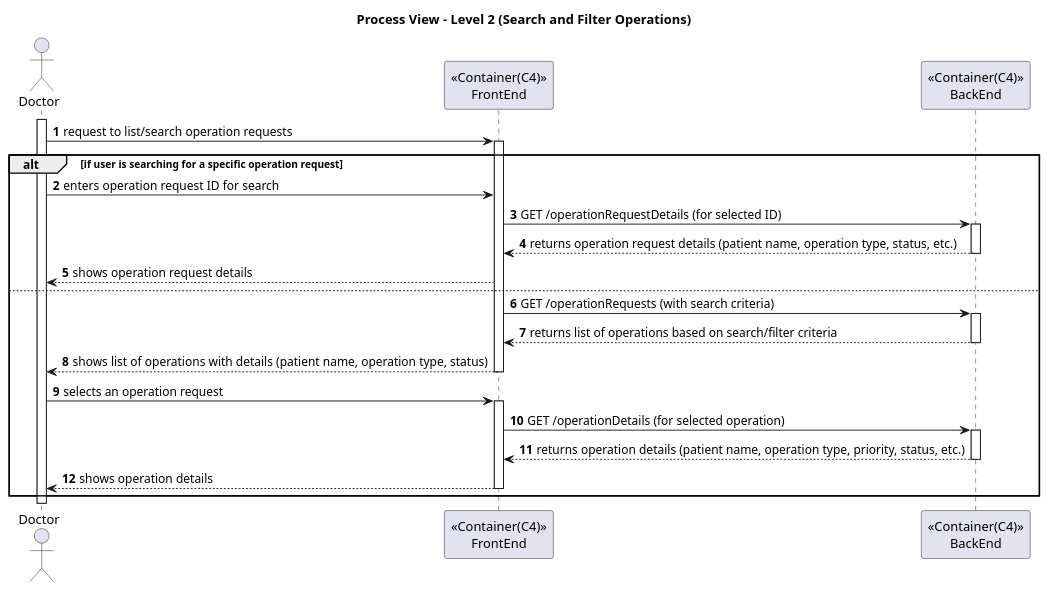
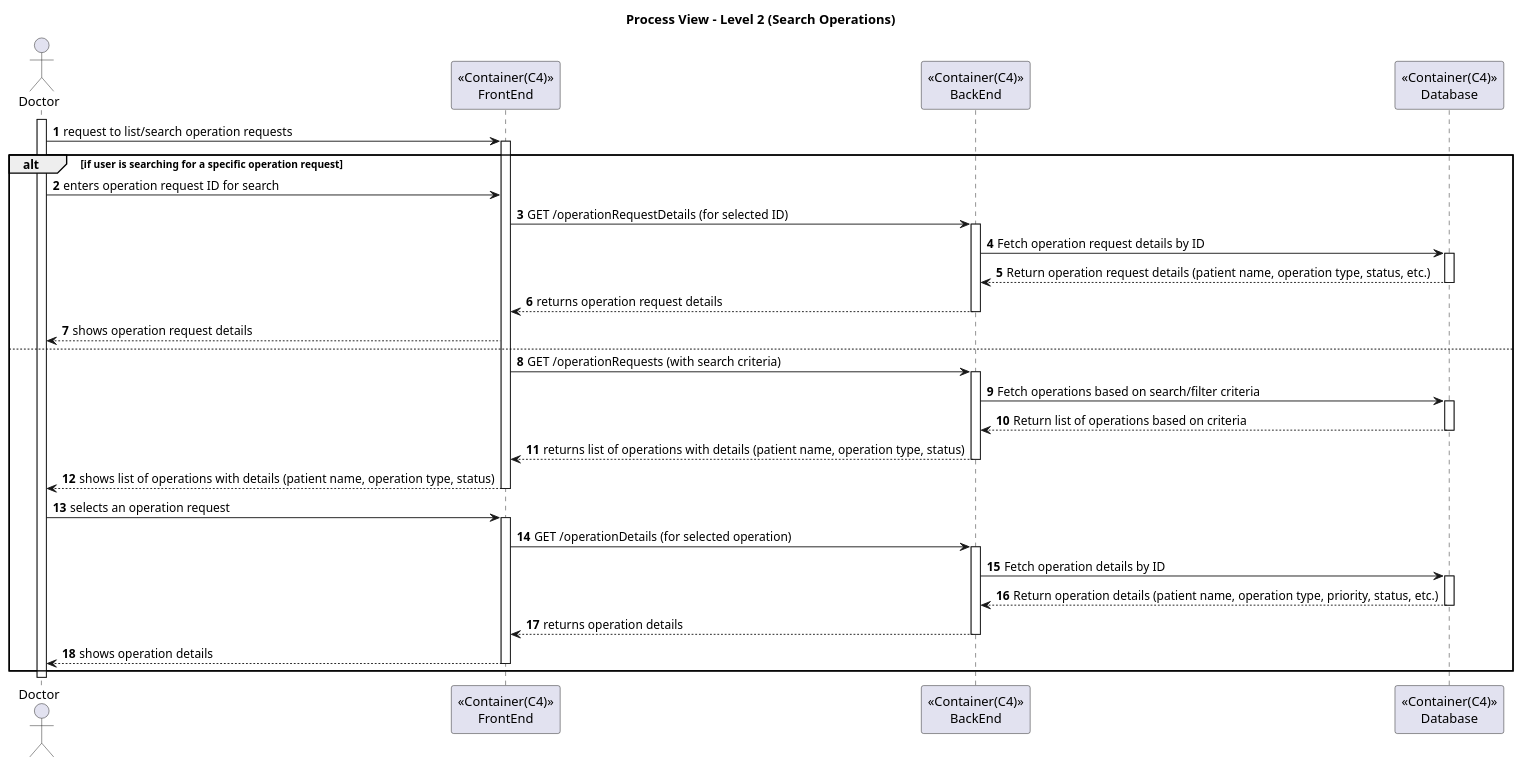
Before and after one commit to Saquinho74/LAPR5: the diagram in Docs/SprintA/US19/level2/process_view.puml, drawn with PlantUML. The commit also changed 2 other files, not shown here.

Commit message:
#17 Minor changes in level 2documentation

```diff
--- a/Docs/SprintA/US19/level2/process_view.puml
+++ b/Docs/SprintA/US19/level2/process_view.puml
@@ -1,62 +1,76 @@
 @startuml
 'https://plantuml.com/sequence-diagram
 
 autonumber
 actor Doctor as doc
 participant "<<Container(C4)>>\nFrontEnd" as sys
 participant "<<Container(C4)>>\nBackEnd" as backEnd
+participant "<<Container(C4)>>\nDatabase" as DB
+
+title Process View - Level 2 (Search Operations)
+
 activate doc
 
-title Process View - Level 2 (Search and Filter Operations)
-
 doc -> sys: request to list/search operation requests
-
 activate sys
 
 alt if user is searching for a specific operation request
   doc -> sys: enters operation request ID for search
-  sys -> backEnd : GET /operationRequestDetails (for selected ID)
-
+  sys -> backEnd: GET /operationRequestDetails (for selected ID)
   activate backEnd
 
-  backEnd --> sys : returns operation request details (patient name, operation type, status, etc.)
+  backEnd -> DB: Fetch operation request details by ID
+  activate DB
 
+  DB --> backEnd: Return operation request details (patient name, operation type, status, etc.)
+  deactivate DB
+
+  backEnd --> sys: returns operation request details
   deactivate backEnd
 
   sys --> doc: shows operation request details
 
 else
 
-  sys -> backEnd : GET /operationRequests (with search criteria)
-
+  sys -> backEnd: GET /operationRequests (with search criteria)
   activate backEnd
 
-  backEnd --> sys : returns list of operations based on search/filter criteria
+  backEnd -> DB: Fetch operations based on search/filter criteria
+  activate DB
 
+  DB --> backEnd: Return list of operations based on criteria
+  deactivate DB
+
+  backEnd --> sys: returns list of operations with details (patient name, operation type, status)
   deactivate backEnd
 
   sys --> doc: shows list of operations with details (patient name, operation type, status)
 
   deactivate sys
 
   doc -> sys: selects an operation request
 
   activate sys
 
-  sys -> backEnd : GET /operationDetails (for selected operation)
-
+  sys -> backEnd: GET /operationDetails (for selected operation)
   activate backEnd
 
-  backEnd --> sys : returns operation details (patient name, operation type, priority, status, etc.)
+  backEnd -> DB: Fetch operation details by ID
+  activate DB
 
+  DB --> backEnd: Return operation details (patient name, operation type, priority, status, etc.)
+  deactivate DB
+
+  backEnd --> sys: returns operation details
   deactivate backEnd
 
   sys --> doc: shows operation details
 
   deactivate sys
 
 end
 
 deactivate sys
+deactivate doc
 
 @enduml
```
